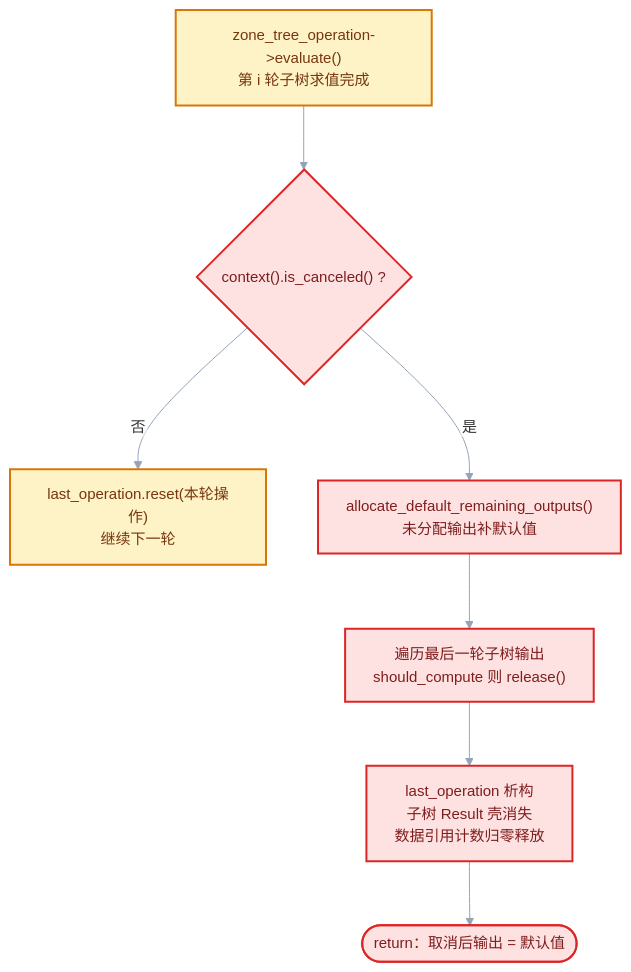
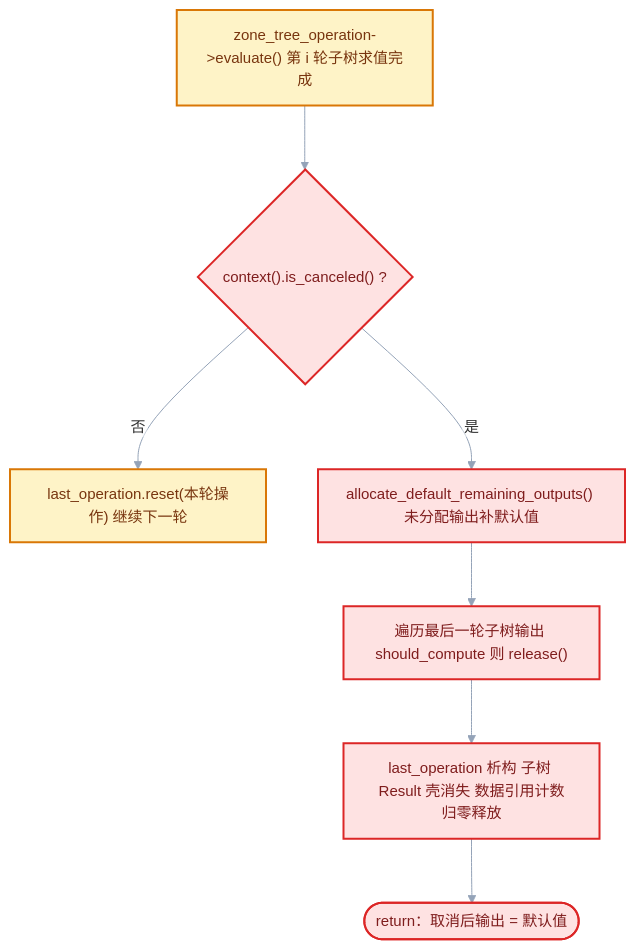
One commit to yunkezengren/blender-.vscode changed the third of 5 diagrams in 杂/markdown/重复区域-dsh/05-跨后端实现/01-合成器RepeatZoneOperation.md. Above: the diagram before and after it, drawn with Mermaid. The commit also changed other lines of this file and 27 other files, not shown here.

````diff
--- a/杂/markdown/重复区域-dsh/05-跨后端实现/01-合成器RepeatZoneOperation.md
+++ b/杂/markdown/重复区域-dsh/05-跨后端实现/01-合成器RepeatZoneOperation.md
@@ -1092,20 +802,20 @@
 ```mermaid
 %%{init: {"theme":"base","themeVariables":{"fontFamily":"\"Segoe UI\",\"Microsoft YaHei\",sans-serif","fontSize":"15px","lineColor":"#94A3B8","edgeLabelBackground":"#FFFFFF","clusterBkg":"#F8FAFC","clusterBorder":"#CBD5E1"},"flowchart":{"htmlLabels":false,"curve":"basis","nodeSpacing":52,"rankSpacing":64,"padding":14,"diagramPadding":16,"useMaxWidth":true},"sequence":{"useMaxWidth":true,"wrap":true,"mirrorActors":false,"messageMargin":36}}}%%
 flowchart TB
-  EVALD["zone_tree_operation->evaluate()<br/>第 i 轮子树求值完成"]:::compute
+  EVALD["zone_tree_operation->evaluate() 第 i 轮子树求值完成"]:::compute
   CHK{"context().is_canceled() ?"}:::error
-  RESET["last_operation.reset(本轮操作)<br/>继续下一轮"]:::compute
-  DEF["allocate_default_remaining_outputs()<br/>未分配输出补默认值"]:::error
-  LOOPREL["遍历最后一轮子树输出<br/>should_compute 则 release()"]:::error
-  DROP["last_operation 析构<br/>子树 Result 壳消失<br/>数据引用计数归零释放"]:::error
+  RESET["last_operation.reset(本轮操作) 继续下一轮"]:::compute
+  DEF["allocate_default_remaining_outputs() 未分配输出补默认值"]:::error
+  LOOPREL["遍历最后一轮子树输出 should_compute 则 release()"]:::error
+  DROP["last_operation 析构 子树 Result 壳消失 数据引用计数归零释放"]:::error
   RET(["return：取消后输出 = 默认值"]):::error
   EVALD --> CHK
   CHK -->|"否"| RESET
   CHK -->|"是"| DEF --> LOOPREL --> DROP --> RET
   classDef input fill:#DBEAFE,stroke:#2563EB,color:#172554,stroke-width:2px;
   classDef data fill:#CFFAFE,stroke:#0891B2,color:#164E63,stroke-width:2px;
   classDef abstraction fill:#EDE9FE,stroke:#7C3AED,color:#3B0764,stroke-width:2px;
   classDef compute fill:#FEF3C7,stroke:#D97706,color:#78350F,stroke-width:2px;
   classDef result fill:#DCFCE7,stroke:#16A34A,color:#14532D,stroke-width:2px;
   classDef error fill:#FEE2E2,stroke:#DC2626,color:#7F1D1D,stroke-width:2px;
 ```
````
